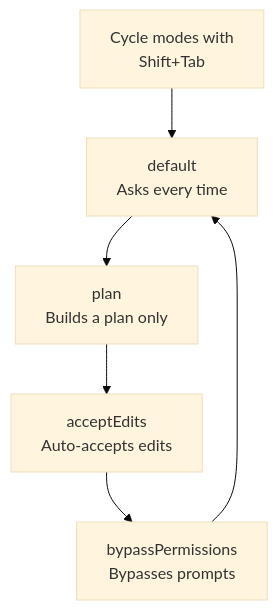
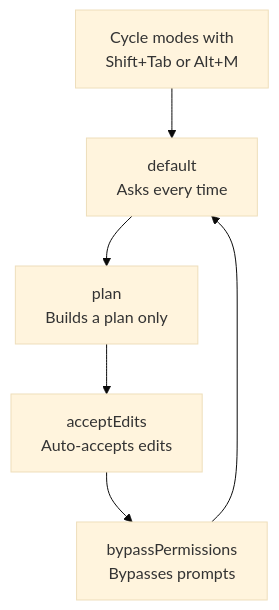
One commit to modu-ai/moai-adk changed the diagram in docs-site/content/en/claude-code/foundations/interactive-mode.md. Above: the diagram before and after it, drawn with Mermaid (base theme). The commit also changed other lines of this file and 5 other files, not shown here.

````diff
--- a/docs-site/content/en/claude-code/foundations/interactive-mode.md
+++ b/docs-site/content/en/claude-code/foundations/interactive-mode.md
@@ -113,8 +117,8 @@
 ```mermaid
 flowchart TD
-    A[Cycle modes with<br>Shift+Tab] --> B[default<br>Asks every time]
+    A[Cycle modes with<br>Shift+Tab or Alt+M] --> B[default<br>Asks every time]
     B --> C[plan<br>Builds a plan only]
     C --> D[acceptEdits<br>Auto-accepts edits]
     D --> E[bypassPermissions<br>Bypasses prompts]
     E --> B
 ```
````
